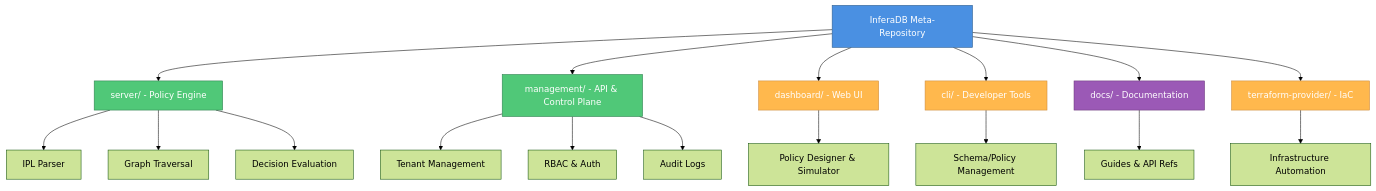
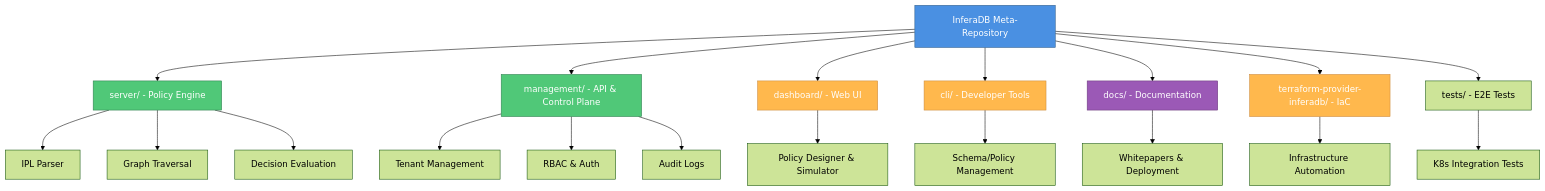
Before and after one commit to inferadb/inferadb: the diagram in README.md, drawn with Mermaid (forest theme). The commit also changed other lines of this file and 2 other files, not shown here.

````diff
--- a/README.md
+++ b/README.md
@@ -123,33 +124,36 @@
 ```mermaid
 graph TD
     A[InferaDB Meta-Repository] --> B[server/ - Policy Engine]
     A --> C[management/ - API & Control Plane]
     A --> D[dashboard/ - Web UI]
     A --> E[cli/ - Developer Tools]
     A --> F[docs/ - Documentation]
-    A --> G[terraform-provider/ - IaC]
+    A --> G[terraform-provider-inferadb/ - IaC]
+    A --> H[tests/ - E2E Tests]
 
     B --> B1[IPL Parser]
     B --> B2[Graph Traversal]
     B --> B3[Decision Evaluation]
 
     C --> C1[Tenant Management]
     C --> C2[RBAC & Auth]
     C --> C3[Audit Logs]
 
     D --> D1[Policy Designer & Simulator]
 
     E --> E1[Schema/Policy Management]
 
-    F --> F1[Guides & API Refs]
+    F --> F1[Whitepapers & Deployment]
 
     G --> G1[Infrastructure Automation]
+
+    H --> H1[K8s Integration Tests]
 
     style A fill:#4A90E2,stroke:#2E5C8A,color:#fff
     style B fill:#50C878,stroke:#2E7D4E,color:#fff
     style C fill:#50C878,stroke:#2E7D4E,color:#fff
     style D fill:#FFB84D,stroke:#CC8A3D,color:#fff
     style E fill:#FFB84D,stroke:#CC8A3D,color:#fff
     style F fill:#9B59B6,stroke:#6C3A7C,color:#fff
     style G fill:#FFB84D,stroke:#CC8A3D,color:#fff
 ```
````
